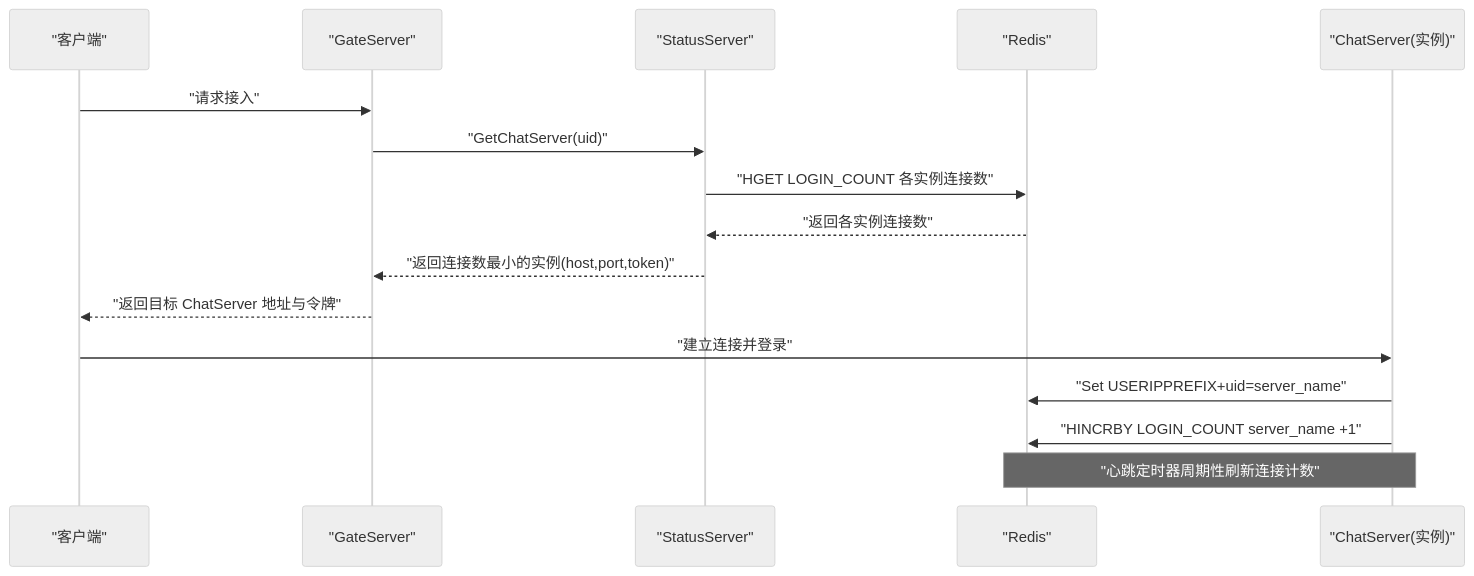
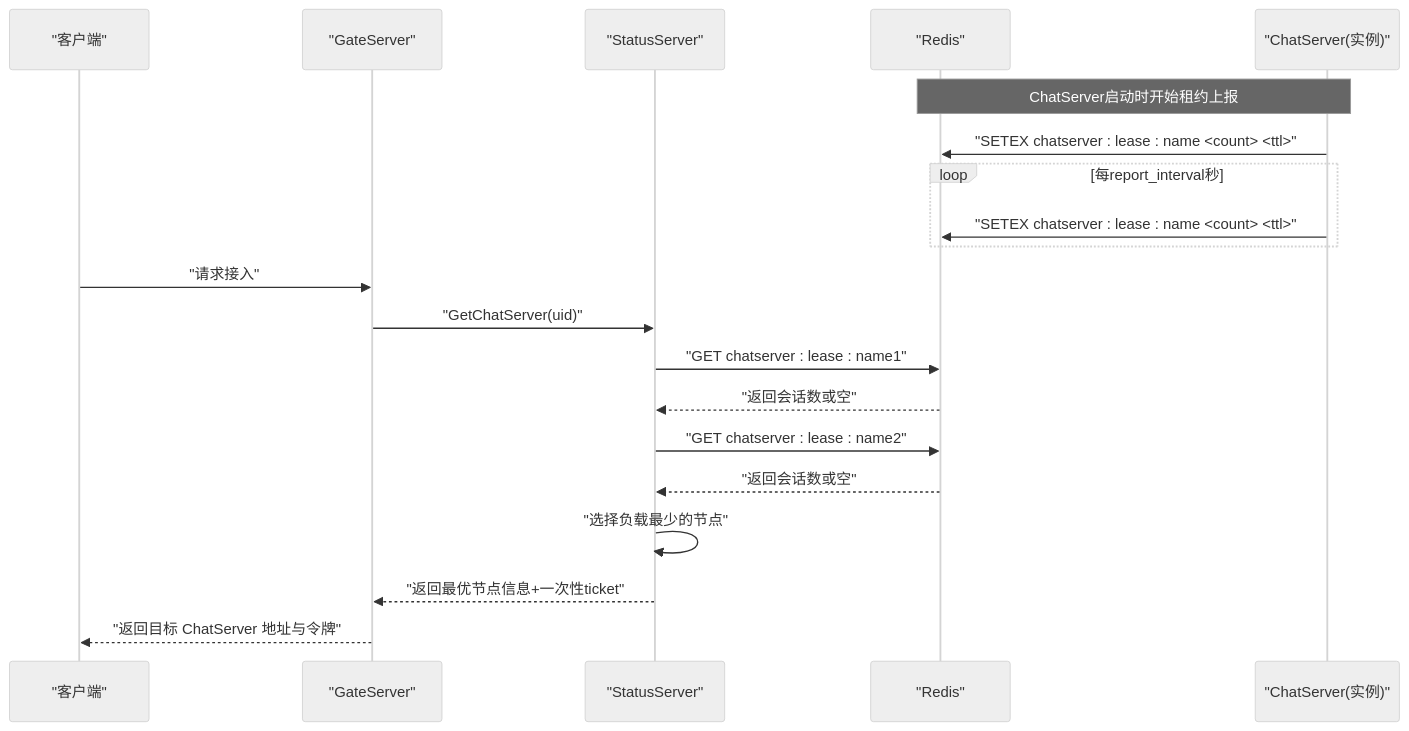
One commit to echo9923/mychatter changed the second of 7 diagrams in .qoder/repowiki/zh/content/分布式系统/服务治理/服务注册与发现.md. Above: the diagram before and after it, drawn with Mermaid (neutral theme). The commit also changed other lines of this file and 107 other files, not shown here.

````diff
--- a/.qoder/repowiki/zh/content/分布式系统/服务治理/服务注册与发现.md
+++ b/.qoder/repowiki/zh/content/分布式系统/服务治理/服务注册与发现.md
@@ -90,18 +98,22 @@
 ```mermaid
 sequenceDiagram
 participant C as "客户端"
 participant G as "GateServer"
 participant S as "StatusServer"
 participant R as "Redis"
 participant CH as "ChatServer(实例)"
+Note over CH,R : ChatServer启动时开始租约上报
+CH->>R : "SETEX chatserver : lease : name <count> <ttl>"
+loop 每report_interval秒
+CH->>R : "SETEX chatserver : lease : name <count> <ttl>"
+end
 C->>G : "请求接入"
 G->>S : "GetChatServer(uid)"
-S->>R : "HGET LOGIN_COUNT 各实例连接数"
-R-->>S : "返回各实例连接数"
-S-->>G : "返回连接数最小的实例(host,port,token)"
+S->>R : "GET chatserver : lease : name1"
+R-->>S : "返回会话数或空"
+S->>R : "GET chatserver : lease : name2"
+R-->>S : "返回会话数或空"
+S->>S : "选择负载最少的节点"
+S-->>G : "返回最优节点信息+一次性ticket"
 G-->>C : "返回目标 ChatServer 地址与令牌"
-C->>CH : "建立连接并登录"
-CH->>R : "Set USERIPPREFIX+uid=server_name"
-CH->>R : "HINCRBY LOGIN_COUNT server_name +1"
-Note over CH,R : "心跳定时器周期性刷新连接计数"
 ```
````
